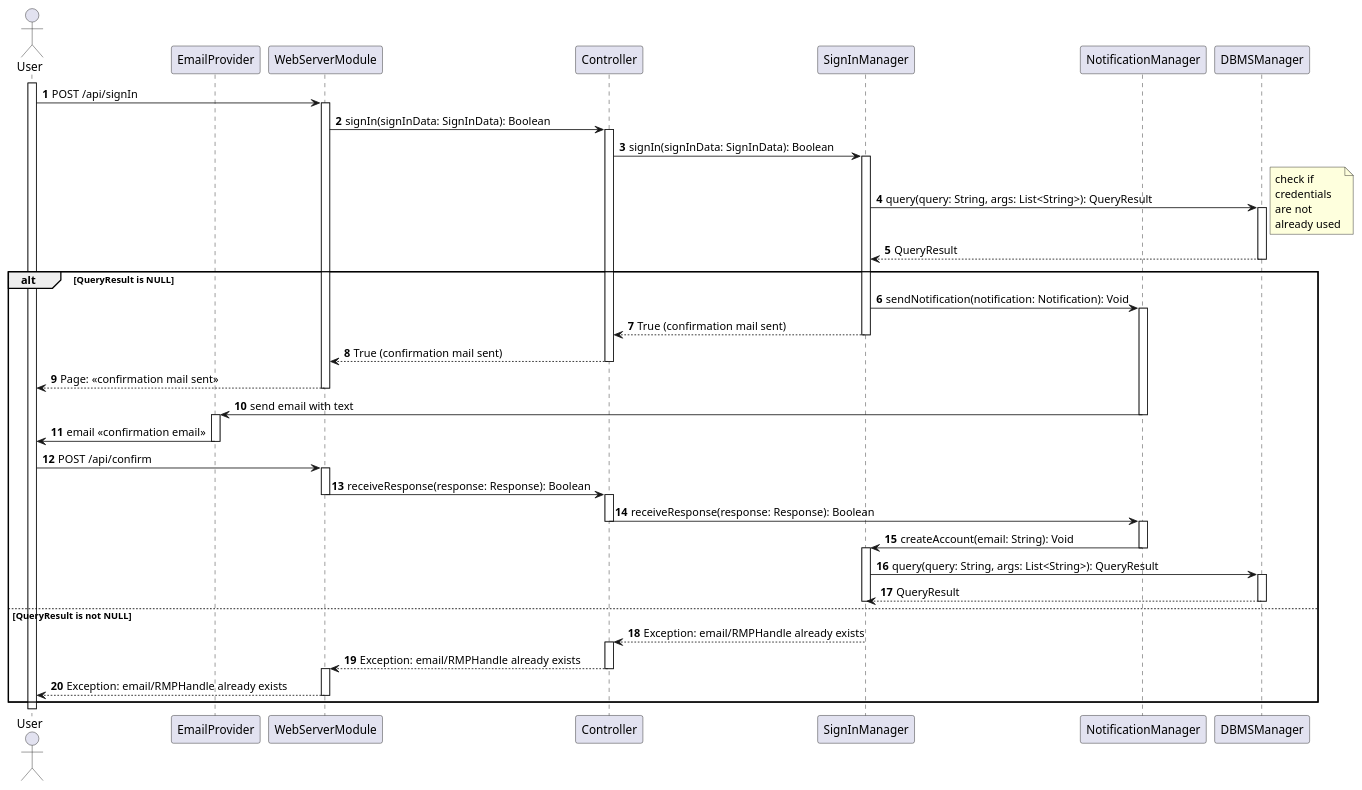
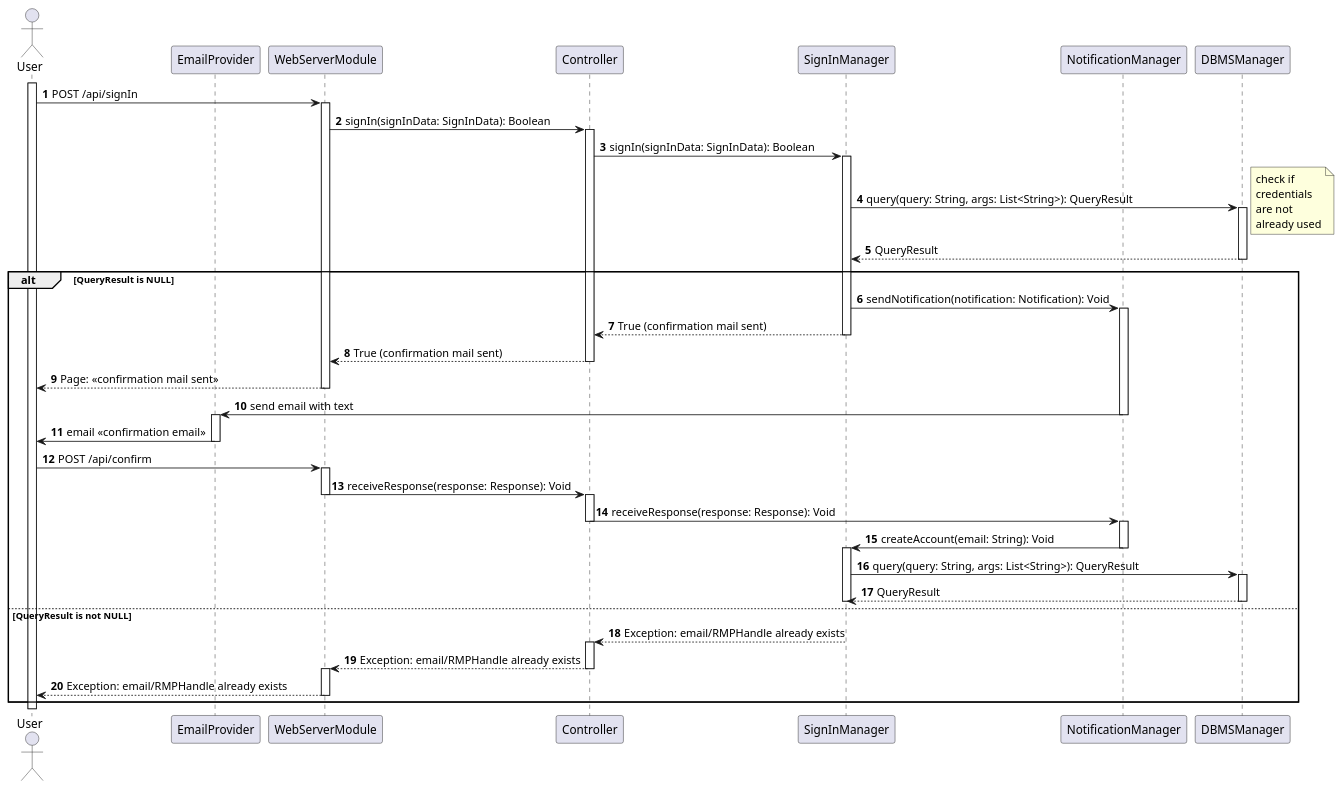
Before and after one commit to Angelo7672/SE2_Requirement-and-Design-Document: the diagram in _DD/Images/sequenceDiagrams/signIn.wsd, drawn with PlantUML. The commit also changed 7 other files, not shown here.

Commit message:
(dd) More Sequence Diagram Tweaks

```diff
--- a/_DD/Images/sequenceDiagrams/signIn.wsd
+++ b/_DD/Images/sequenceDiagrams/signIn.wsd
@@ -1,70 +1,70 @@
 @startuml
 
 autonumber
 
 actor User as U
 participant EmailProvider as EP
 participant WebServerModule as WS
 participant Controller as C
 participant SignInManager as SIM
 participant NotificationManager as NM
 participant DBMSManager as DBMSM
 
 activate U
 U -> WS: POST /api/signIn
 activate WS
 WS -> C: signIn(signInData: SignInData): Boolean
 activate C
 C -> SIM: signIn(signInData: SignInData): Boolean
 activate SIM
 SIM -> DBMSM: query(query: String, args: List<String>): QueryResult
 note right
     check if 
     credentials
     are not 
     already used
 end note
 activate DBMSM
 DBMSM --> SIM: QueryResult
 deactivate DBMSM
 alt QueryResult is NULL
     SIM -> NM: sendNotification(notification: Notification): Void
     activate NM
     SIM --> C: True (confirmation mail sent)
     deactivate SIM
     C --> WS: True (confirmation mail sent)
     deactivate C
     WS --> U: Page: <<confirmation mail sent>>
     deactivate WS
     NM -> EP: send email with text
     deactivate NM
     activate EP
     EP -> U: email <<confirmation email>>
     deactivate EP
     U -> WS: POST /api/confirm
     activate WS
-    WS -> C: receiveResponse(response: Response): Boolean
+    WS -> C: receiveResponse(response: Response): Void
     deactivate WS
     activate C
-    C -> NM: receiveResponse(response: Response): Boolean
+    C -> NM: receiveResponse(response: Response): Void
     deactivate C
     activate NM
     NM -> SIM: createAccount(email: String): Void
     deactivate NM
     activate SIM
     SIM -> DBMSM: query(query: String, args: List<String>): QueryResult
     activate DBMSM
     DBMSM --> SIM: QueryResult
     deactivate DBMSM
     deactivate SIM
 else QueryResult is not NULL
     SIM --> C: Exception: email/RMPHandle already exists
     activate C
     C --> WS: Exception: email/RMPHandle already exists
     deactivate C
     activate WS
     WS --> U: Exception: email/RMPHandle already exists
     deactivate WS
 end
 
 @enduml
```
